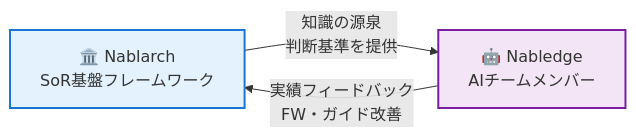
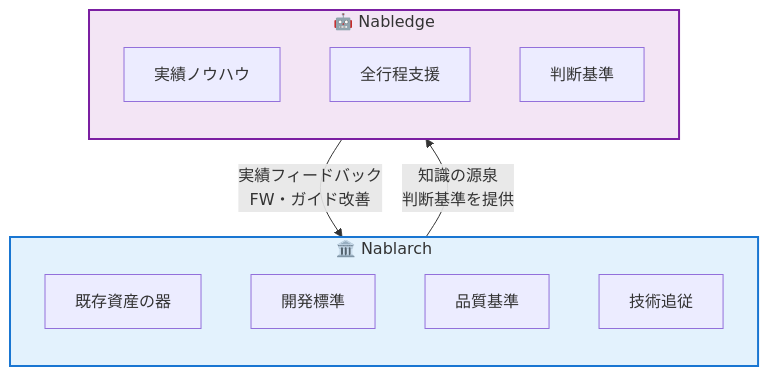
One commit to nablarch/nabledge-dev changed the first of 2 diagrams in doc/tobe/nabledge_press.md. Above: the diagram before and after it, drawn with Mermaid.

Commit message:
Keep boxes in diagram with simple labels, details in bullet points

````diff
--- a/doc/tobe/nabledge_press.md
+++ b/doc/tobe/nabledge_press.md
@@ -42,11 +42,23 @@
 ```mermaid
-graph LR
-    Nablarch["🏛️ Nablarch<br/>SoR基盤フレームワーク"]
-    Nabledge["🤖 Nabledge<br/>AIチームメンバー"]
+graph TB
+    subgraph Nablarch["🏛️ Nablarch"]
+        direction TB
+        N1["既存資産の器"]
+        N2["開発標準"]
+        N3["品質基準"]
+        N4["技術追従"]
+    end
+
+    subgraph Nabledge["🤖 Nabledge"]
+        direction TB
+        D1["実績ノウハウ"]
+        D2["全行程支援"]
+        D3["判断基準"]
+    end
 
     Nablarch -->|"知識の源泉<br/>判断基準を提供"| Nabledge
     Nabledge -->|"実績フィードバック<br/>FW・ガイド改善"| Nablarch
 
     style Nablarch fill:#e3f2fd,stroke:#1976d2,stroke-width:2px
     style Nabledge fill:#f3e5f5,stroke:#7b1fa2,stroke-width:2px
 ```
````
